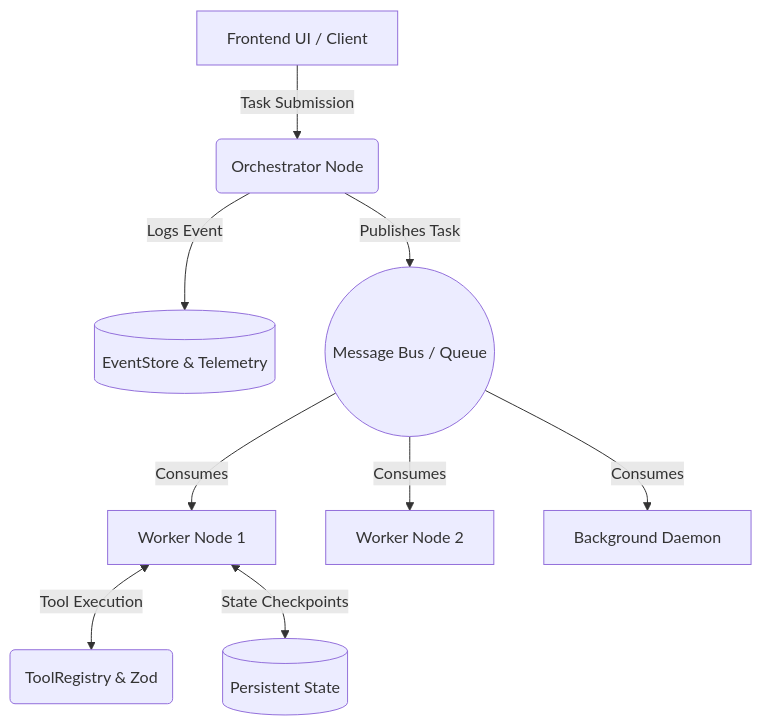
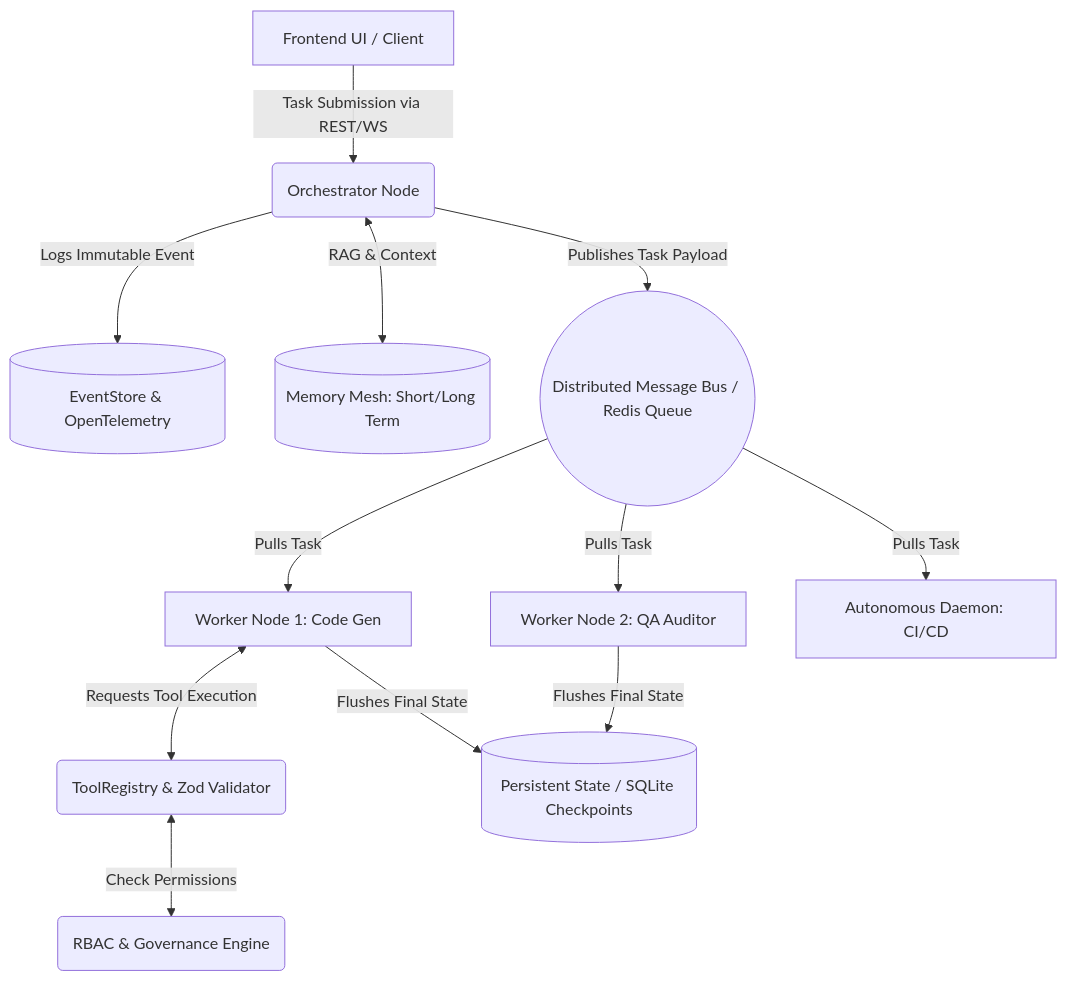
Before and after one commit to vinoth2vinoth/Orchestra: the diagram in README.md, drawn with Mermaid. The commit also changed other lines of this file and 20 other files, not shown here.

````diff
--- a/README.md
+++ b/README.md
@@ -45,11 +65,24 @@
 ```mermaid
 graph TD;
-    A[Frontend UI / Client] -->|Task Submission| B(Orchestrator Node);
-    B -->|Logs Event| C[(EventStore & Telemetry)];
-    B -->|Publishes Task| D((Message Bus / Queue));
-    D -->|Consumes| E[Worker Node 1];
-    D -->|Consumes| F[Worker Node 2];
-    D -->|Consumes| G[Background Daemon];
-    E <-->|Tool Execution| H(ToolRegistry & Zod);
-    E <-->|State Checkpoints| I[(Persistent State)];
+    A[Frontend UI / Client] -->|Task Submission via REST/WS| B(Orchestrator Node);
+
+    %% Event Sourcing & Memory
+    B -->|Logs Immutable Event| C[(EventStore & OpenTelemetry)];
+    B <-->|RAG & Context| M[(Memory Mesh: Short/Long Term)];
+
+    %% Message Queue
+    B -->|Publishes Task Payload| D((Distributed Message Bus / Redis Queue));
+
+    %% Execution Layer
+    D -->|Pulls Task| E[Worker Node 1: Code Gen];
+    D -->|Pulls Task| F[Worker Node 2: QA Auditor];
+    D -->|Pulls Task| G[Autonomous Daemon: CI/CD];
+
+    %% Tool & Governance Verification
+    E <-->|Requests Tool Execution| H(ToolRegistry & Zod Validator);
+    H <-->|Check Permissions| S(RBAC & Governance Engine);
+
+    %% Checkpoint Resilience
+    E -->|Flushes Final State| I[(Persistent State / SQLite Checkpoints)];
+    F -->|Flushes Final State| I;
 ```
````
